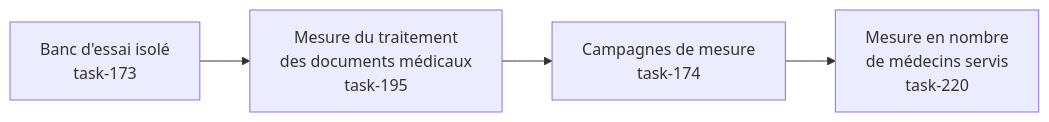
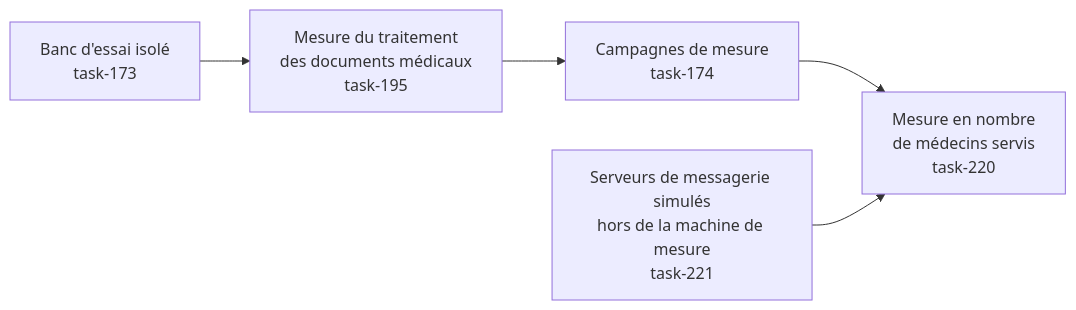
The diagram in Docs/epics/E015-tests-charge-api-mail.md (codengine-technologies/HealthPlatform.Forge), drawn with Mermaid before and after one commit. The commit also changed other lines of this file and 1 other file, not shown here.

Commit message:
docs(epics): E015 v1.20 — task-221 intégrée (vue produit + entrée v1.17 et annexe C des changelogs)

````diff
--- a/Docs/epics/E015-tests-charge-api-mail.md
+++ b/Docs/epics/E015-tests-charge-api-mail.md
@@ -106,4 +108,5 @@
 ```mermaid
 flowchart LR
     A[Banc d'essai isolé<br/>task-173] --> B[Mesure du traitement<br/>des documents médicaux<br/>task-195] --> C[Campagnes de mesure<br/>task-174] --> D[Mesure en nombre<br/>de médecins servis<br/>task-220]
+    E[Serveurs de messagerie simulés<br/>hors de la machine de mesure<br/>task-221] --> D
 ```
````
